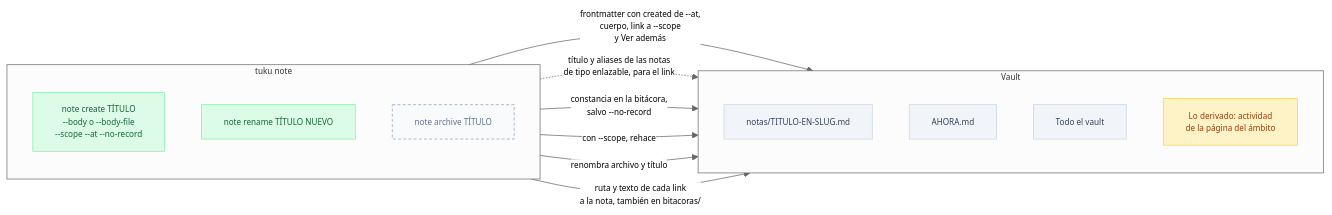
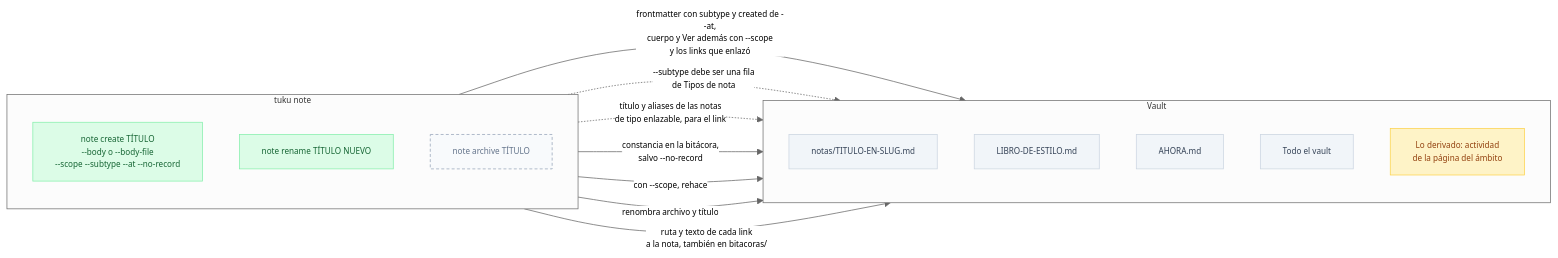
Before and after one commit to pewma-ai/tuku: the sixth of 8 diagrams in spec/tuku.md, drawn with Mermaid. The commit also changed other lines of this file and 11 other files, not shown here.

First line of the commit message:
feat(note): note create --subtype, reglas/subtipos/ y Ver además con los links insertados

````diff
--- a/spec/tuku.md
+++ b/spec/tuku.md
@@ -248,33 +248,35 @@
 ```mermaid
 %%{init: {'flowchart': {'useMaxWidth': true}, 'theme': 'neutral', 'themeVariables': {'fontSize': '11px'}}}%%
 flowchart LR
     subgraph CMD["tuku note"]
         direction TB
-        NC["note create TÍTULO<br/>--body o --body-file<br/>--scope --at --no-record"]
+        NC["note create TÍTULO<br/>--body o --body-file<br/>--scope --subtype --at --no-record"]
         NR["note rename TÍTULO NUEVO"]
         NA["note archive TÍTULO"]
     end
     subgraph VAULT["Vault"]
         direction TB
         NO["notas/TITULO-EN-SLUG.md"]
+        LE["LIBRO-DE-ESTILO.md"]
         AH["AHORA.md"]
         VA["Todo el vault"]
         DER["Lo derivado: actividad<br/>de la página del ámbito"]
     end
 
-    NC -->|"frontmatter con created de --at,<br/>cuerpo, link a --scope<br/>y Ver además"| NO
+    NC -->|"frontmatter con subtype y created de --at,<br/>cuerpo y Ver además con --scope<br/>y los links que enlazó"| NO
+    NC -.->|"--subtype debe ser una fila<br/>de Tipos de nota"| LE
     NC -.->|"título y aliases de las notas<br/>de tipo enlazable, para el link"| NO
     NC -->|"constancia en la bitácora,<br/>salvo --no-record"| AH
     NC -->|"con --scope, rehace"| DER
     NR -->|"renombra archivo y título"| NO
     NR -->|"ruta y texto de cada link<br/>a la nota, también en bitacoras/"| VA
 
     classDef escribe fill:#dcfce7,color:#166534,stroke:#86efac
     classDef pendiente fill:#f8fafc,color:#64748b,stroke:#94a3b8,stroke-dasharray: 4 3
     classDef archivo fill:#f1f5f9,color:#334155,stroke:#cbd5e1
     classDef derivado fill:#fef3c7,color:#92400e,stroke:#fcd34d
     class NC,NR escribe
     class NA pendiente
-    class NO,AH,VA archivo
+    class NO,LE,AH,VA archivo
     class DER derivado
 ```
````
